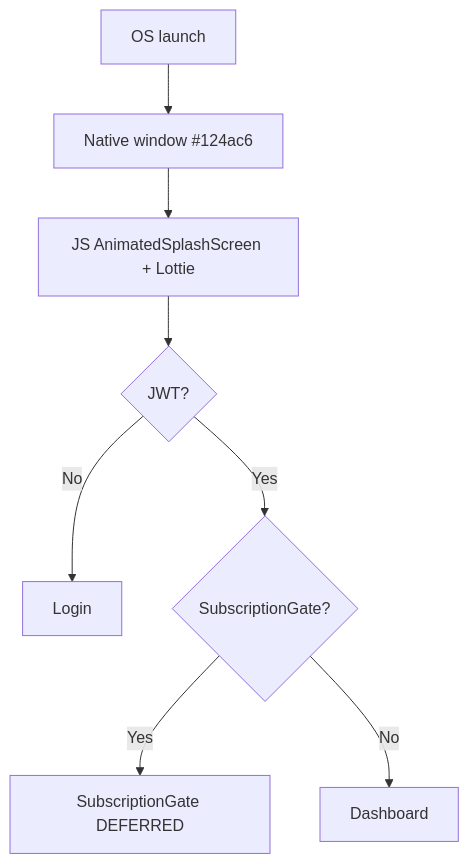
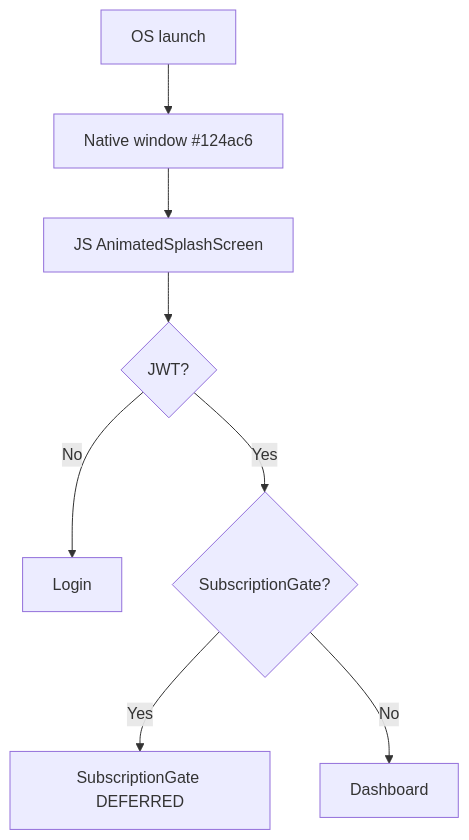
One commit to DhruvDave01/territorool-ai-brain changed the diagram in design/04-User-Flows/App-Launch.md. Above: the diagram before and after it, drawn with Mermaid. The commit also changed other lines of this file and 35 other files, not shown here.

````diff
--- a/design/04-User-Flows/App-Launch.md
+++ b/design/04-User-Flows/App-Launch.md
@@ -7,10 +13,10 @@
 ```mermaid
 flowchart TD
   A[OS launch] --> B[Native window #124ac6]
-  B --> C[JS AnimatedSplashScreen + Lottie]
+  B --> C[JS AnimatedSplashScreen]
   C --> D{JWT?}
   D -->|No| E[Login]
   D -->|Yes| F{SubscriptionGate?}
   F -->|Yes| G[SubscriptionGate DEFERRED]
   F -->|No| H[Dashboard]
 ```
````
